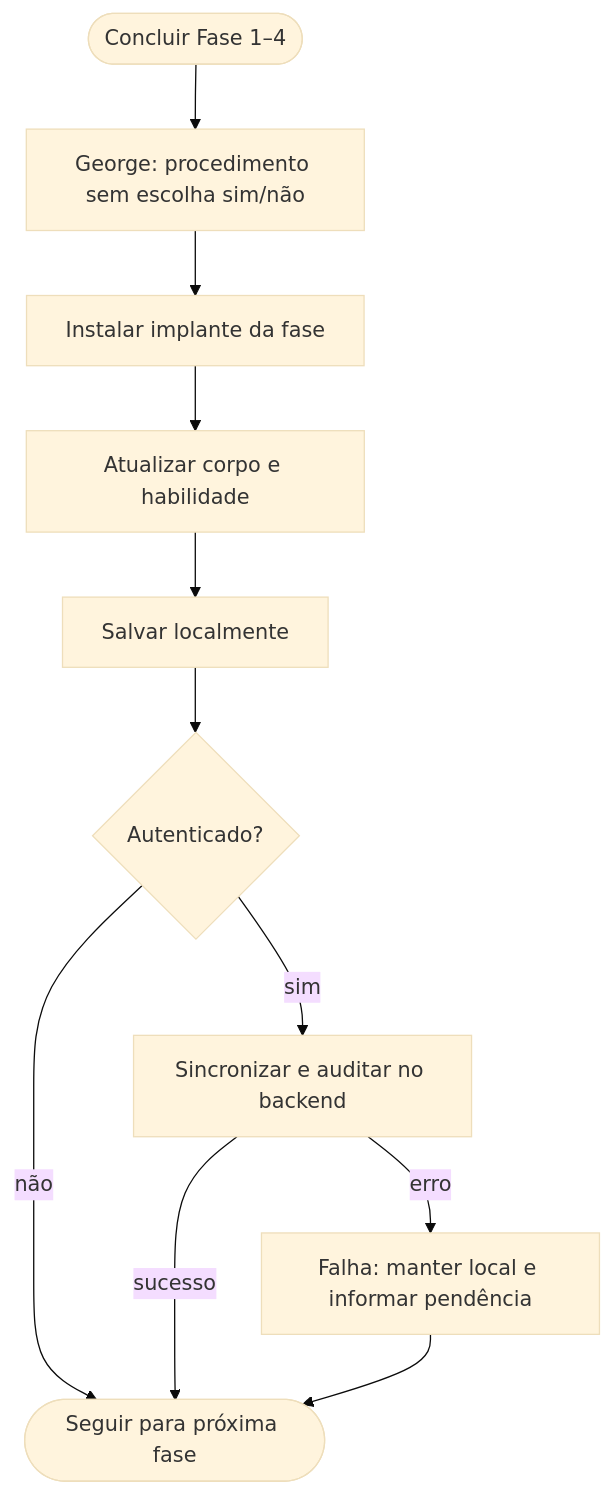
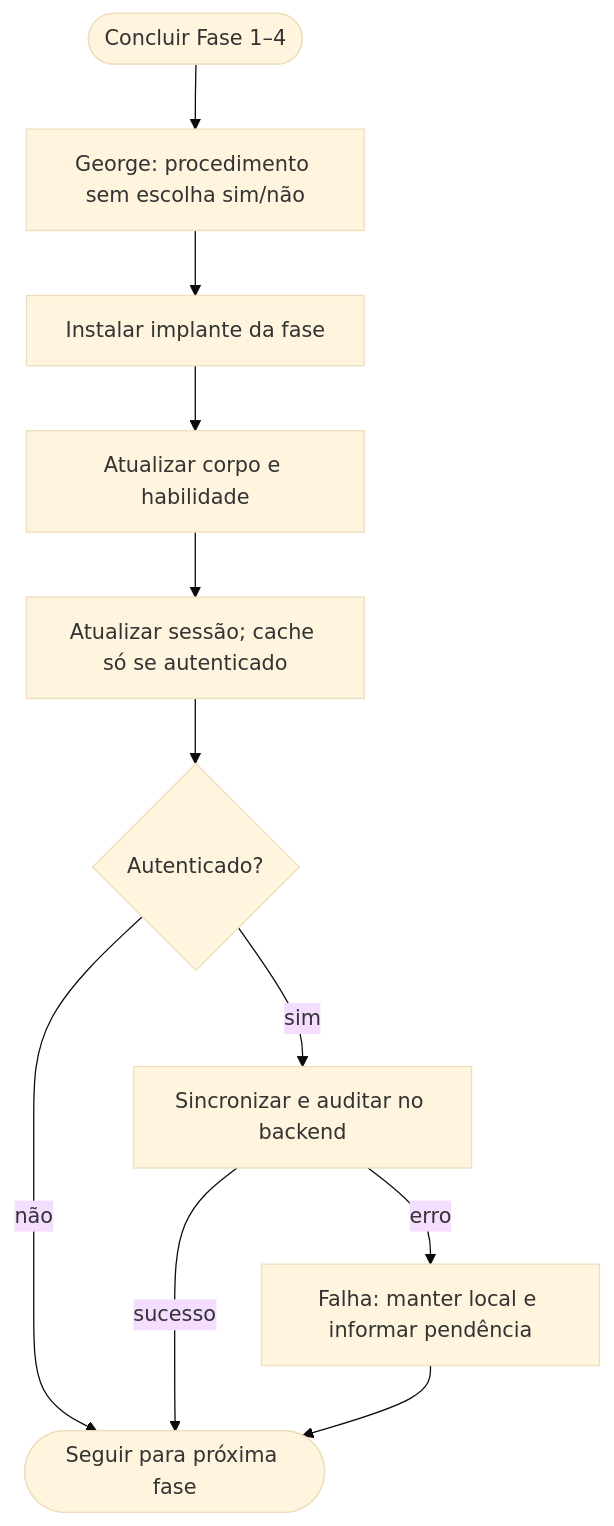
Before and after one commit to ViViJp/jogo-projeto-topicos-especiais: the third of 10 diagrams in isn/docs/sprint1/06-fluxogramas.md, drawn with Mermaid (base theme). The commit also changed other lines of this file and 16 other files, not shown here.

````diff
--- a/isn/docs/sprint1/06-fluxogramas.md
+++ b/isn/docs/sprint1/06-fluxogramas.md
@@ -83,22 +87,22 @@
 ```mermaid
 flowchart TD
   start(["Concluir Fase 1–4"])
   scene["George: procedimento sem escolha sim/não"]
   implant["Instalar implante da fase"]
   ability["Atualizar corpo e habilidade"]
-  local["Salvar localmente"]
+  local["Atualizar sessão; cache só se autenticado"]
   auth{"Autenticado?"}
   sync["Sincronizar e auditar no backend"]
   next(["Seguir para próxima fase"])
   error["Falha: manter local e informar pendência"]
   start --> scene
   scene --> implant
   implant --> ability
   ability --> local
   local --> auth
   auth -->|"sim"| sync
   auth -->|"não"| next
   sync -->|"sucesso"| next
   sync -->|"erro"| error
   error --> next
 ```
````
